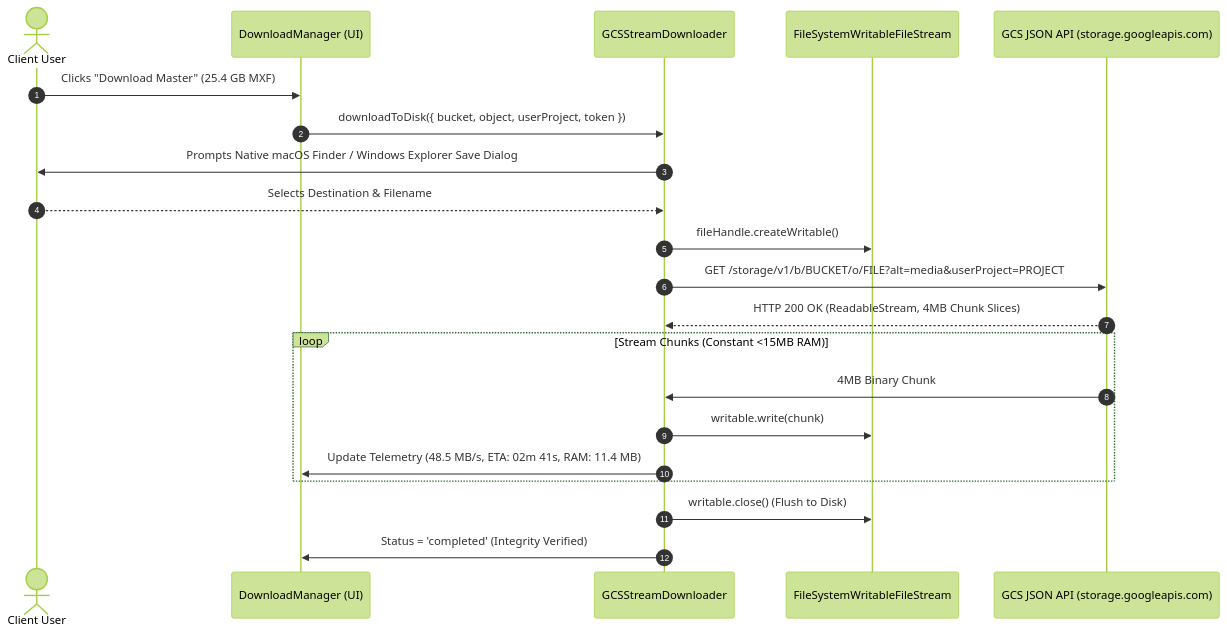
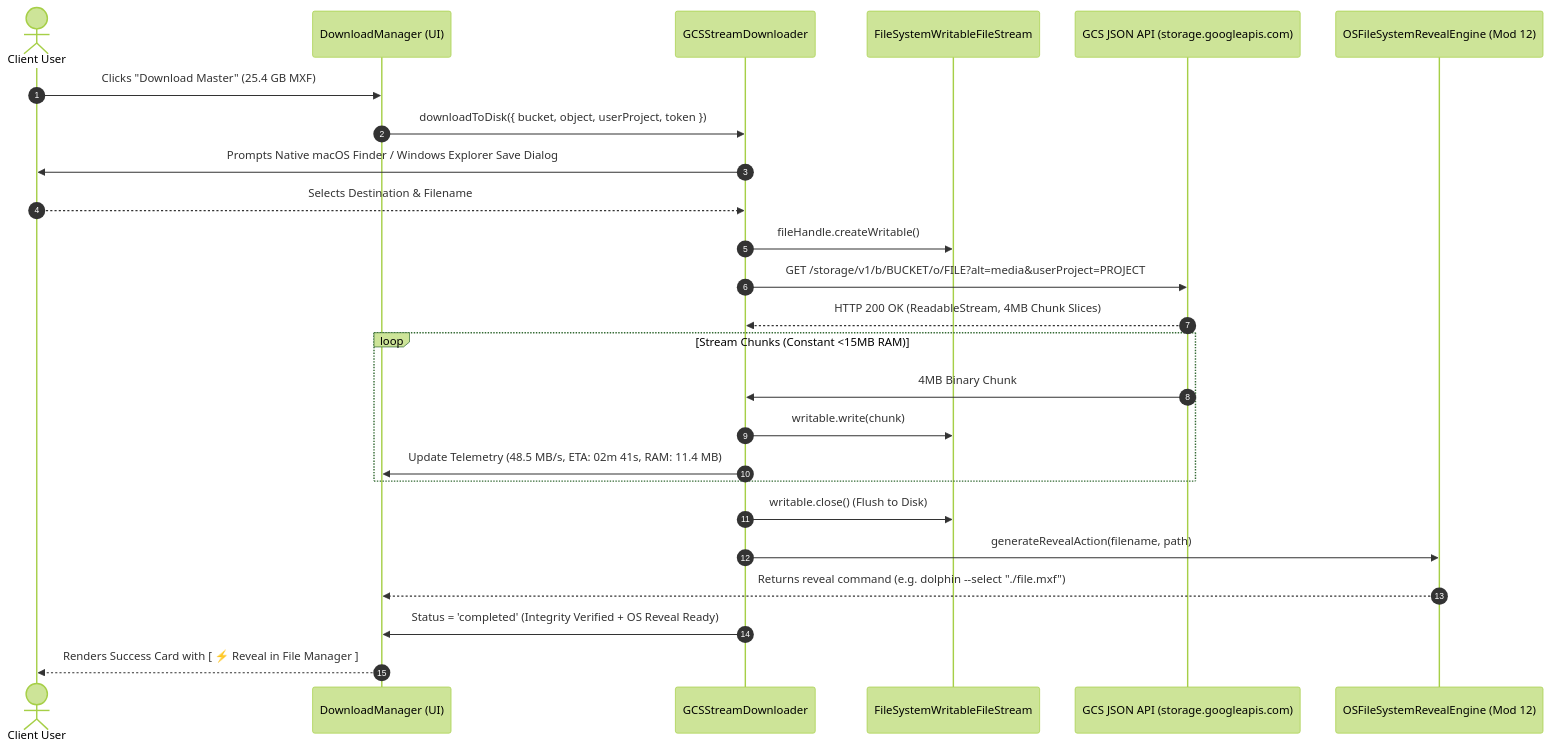
Before and after one commit to NovaLogicDev/FilesOfBaSingSe: the second of 2 diagrams in docs/requirements/module_4_streaming_download_design_and_requirements.md, drawn with Mermaid (forest theme). The commit also changed other lines of this file and 6 other files, not shown here.

Commit message:
docs: add Module 12, Epic 12, Engine 10, Screen 9 for OS filesystem feedback and reveal integration

````diff
--- a/docs/requirements/module_4_streaming_download_design_and_requirements.md
+++ b/docs/requirements/module_4_streaming_download_design_and_requirements.md
@@ -54,27 +56,31 @@
 ```mermaid
 sequenceDiagram
     autonumber
     actor User as Client User
     participant Manager as DownloadManager (UI)
     participant Engine as GCSStreamDownloader
     participant Disk as FileSystemWritableFileStream
     participant GCS as GCS JSON API (storage.googleapis.com)
+    participant OSEngine as OSFileSystemRevealEngine (Mod 12)
 
     User->>Manager: Clicks "Download Master" (25.4 GB MXF)
     Manager->>Engine: downloadToDisk({ bucket, object, userProject, token })
     Engine->>User: Prompts Native macOS Finder / Windows Explorer Save Dialog
     User-->>Engine: Selects Destination & Filename
     Engine->>Disk: fileHandle.createWritable()
 
     Engine->>GCS: GET /storage/v1/b/BUCKET/o/FILE?alt=media&userProject=PROJECT
     GCS-->>Engine: HTTP 200 OK (ReadableStream, 4MB Chunk Slices)
 
     loop Stream Chunks (Constant <15MB RAM)
         GCS->>Engine: 4MB Binary Chunk
         Engine->>Disk: writable.write(chunk)
         Engine->>Manager: Update Telemetry (48.5 MB/s, ETA: 02m 41s, RAM: 11.4 MB)
     end
 
     Engine->>Disk: writable.close() (Flush to Disk)
-    Engine->>Manager: Status = 'completed' (Integrity Verified)
+    Engine->>OSEngine: generateRevealAction(filename, path)
+    OSEngine-->>Manager: Returns reveal command (e.g. dolphin --select "./file.mxf")
+    Engine->>Manager: Status = 'completed' (Integrity Verified + OS Reveal Ready)
+    Manager-->>User: Renders Success Card with [ ⚡ Reveal in File Manager ]
 ```
````
